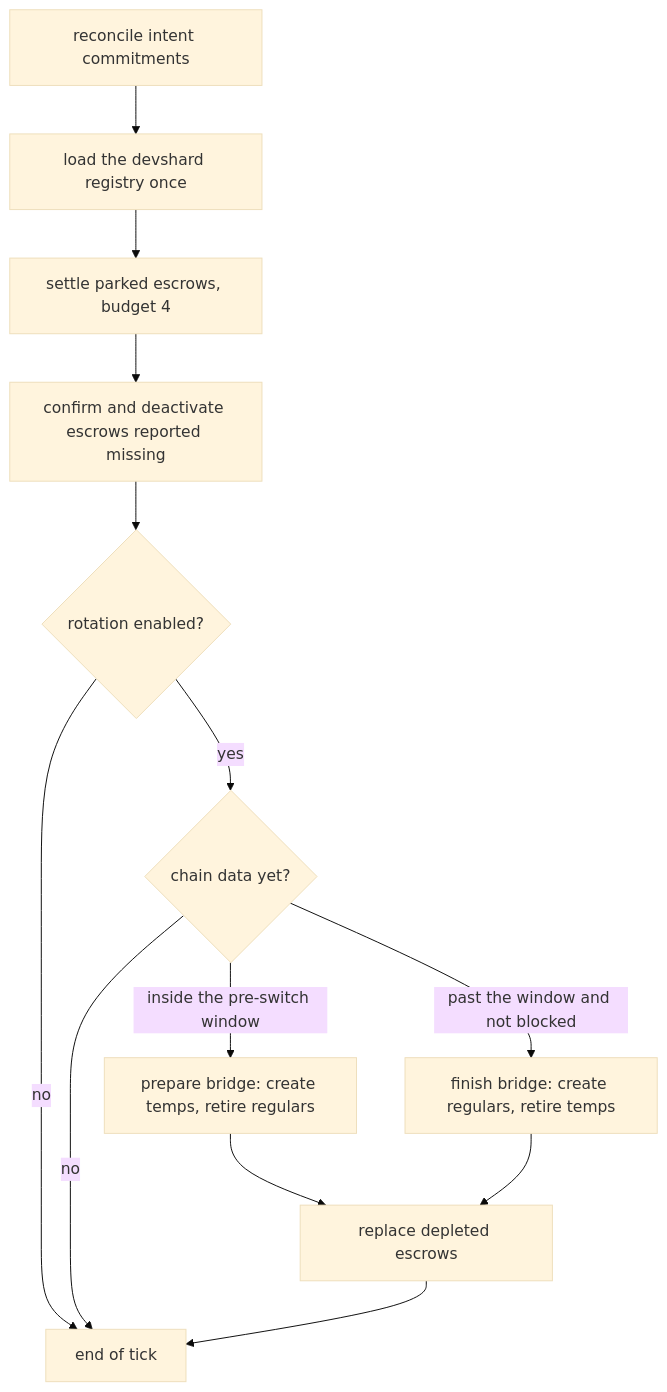
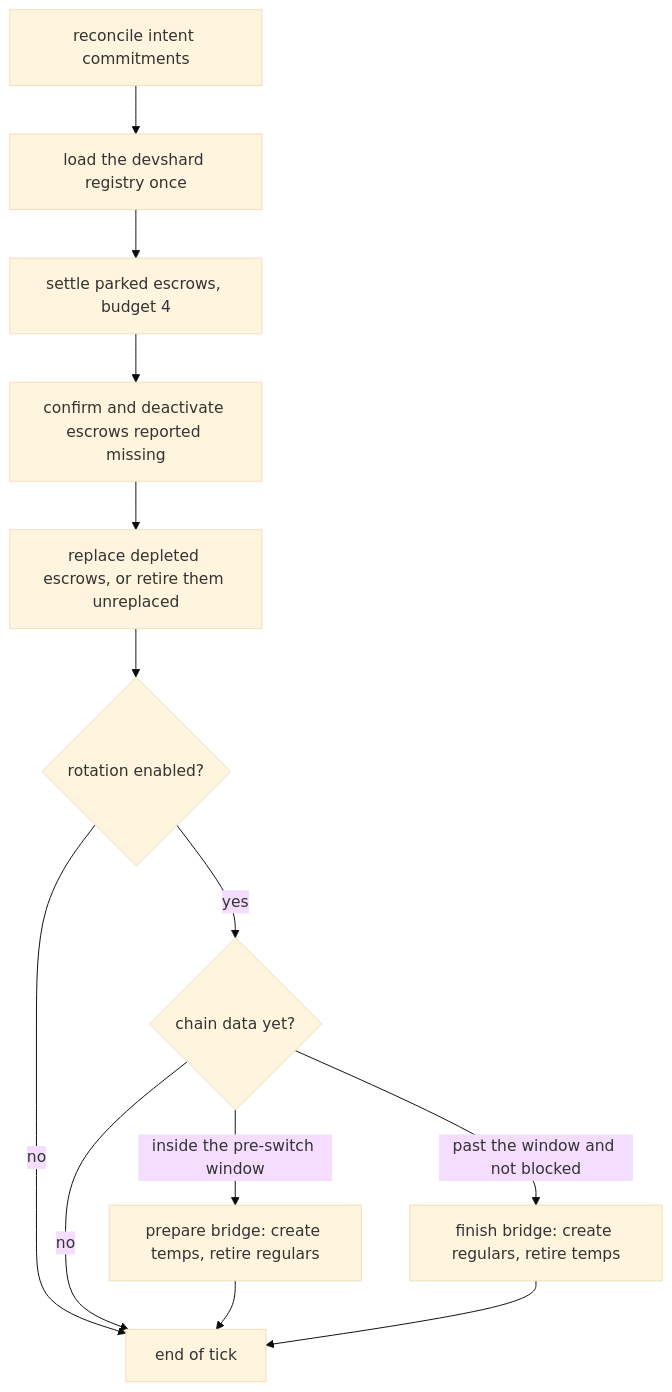
One commit to qdanik/gonka changed the first of 2 diagrams in devshard/cmd/gateway/docs/gateway-escrow-lifecycle.md. Above: the diagram before and after it, drawn with Mermaid (base theme). The commit also changed other lines of this file and 109 other files, not shown here.

````diff
--- a/devshard/cmd/gateway/docs/gateway-escrow-lifecycle.md
+++ b/devshard/cmd/gateway/docs/gateway-escrow-lifecycle.md
@@ -11,15 +11,15 @@
 ```mermaid
 flowchart TD
     A[reconcile intent commitments] --> B[load the devshard registry once]
     B --> C[settle parked escrows, budget 4]
     C --> D[confirm and deactivate escrows reported missing]
-    D --> E{rotation enabled?}
+    D --> I[replace depleted escrows, or retire them unreplaced]
+    I --> E{rotation enabled?}
     E -->|no| Z[end of tick]
     E -->|yes| F{chain data yet?}
     F -->|no| Z
     F -->|inside the pre-switch window| G[prepare bridge: create temps, retire regulars]
     F -->|past the window and not blocked| H[finish bridge: create regulars, retire temps]
-    G --> I[replace depleted escrows]
-    H --> I
-    I --> Z
+    G --> Z
+    H --> Z
 ```
````
